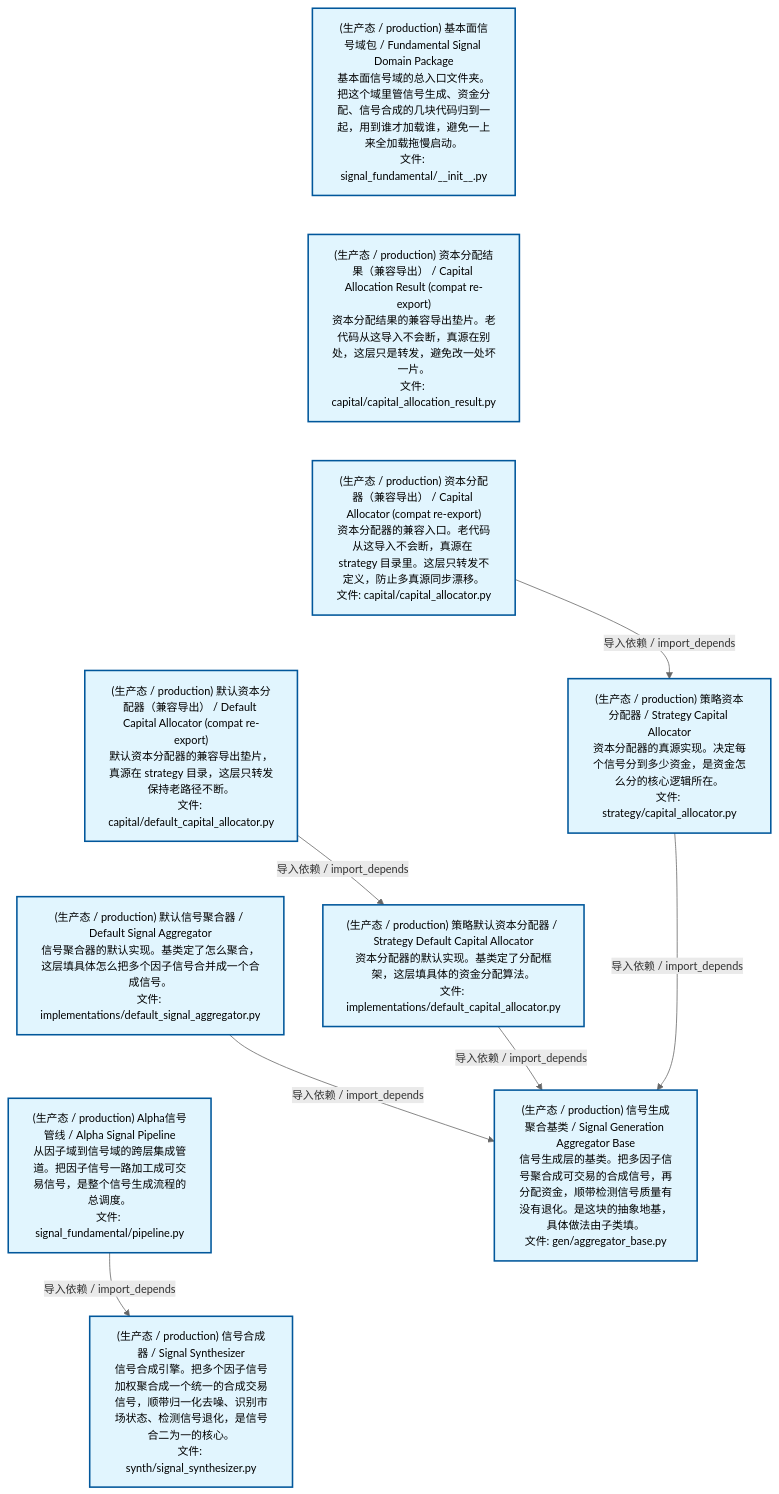
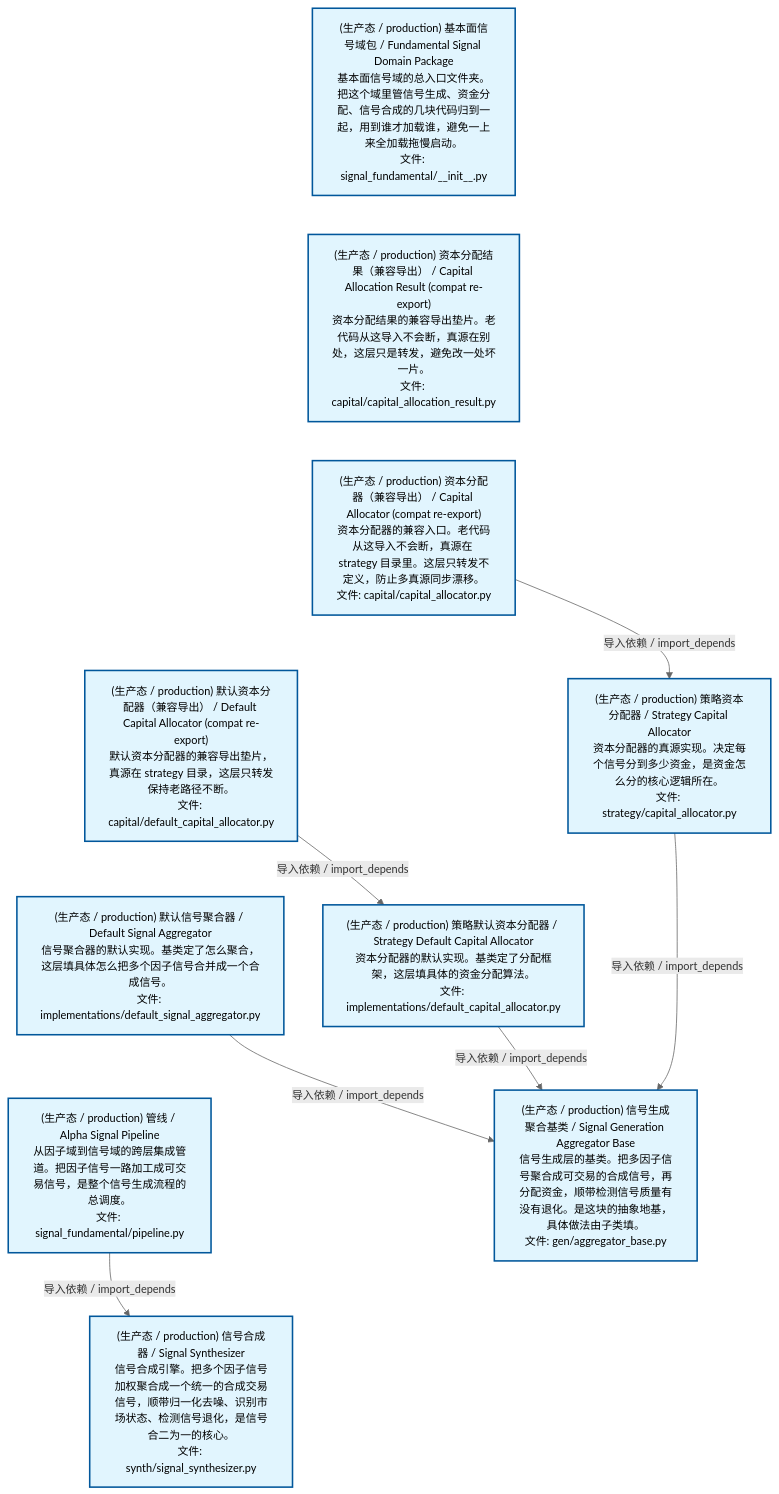
Before and after one commit to xuanFelixVan/ZephyrAlpha: the second of 4 diagrams in docs/02_enterprise_architecture/02_domain_architecture_docs/48_d_fundamental_signal.md, drawn with Mermaid. The commit also changed other lines of this file and 50 other files, not shown here.

````diff
--- a/docs/02_enterprise_architecture/02_domain_architecture_docs/48_d_fundamental_signal.md
+++ b/docs/02_enterprise_architecture/02_domain_architecture_docs/48_d_fundamental_signal.md
@@ -123,32 +123,32 @@
 ```mermaid
 %%{init: {'theme': 'base', 'themeVariables': {'primaryColor': '#eaeaea', 'primaryTextColor': '#333333', 'primaryBorderColor': '#666666', 'lineColor': '#666666', 'secondaryColor': '#eaeaea', 'tertiaryColor': '#eaeaea', 'fontSize': '14px'}}}%%
 flowchart TD
     src_zephyr_signal_fundamental_init_py["(生产态 / production) 基本面信号域包 / Fundamental Signal Domain Package<br/>基本面信号域的总入口文件夹。把这个域里管信号生成、资金分配、信号合成的几块代码归到一起，用到谁才加载谁，避免一上来全加载拖慢启动。<br/>文件: signal_fundamental/__init__.py"]
     src_zephyr_signal_fundamental_capital_capital_allocation_result_py["(生产态 / production) 资本分配结果（兼容导出） / Capital Allocation Result (compat re-export)<br/>资本分配结果的兼容导出垫片。老代码从这导入不会断，真源在别处，这层只是转发，避免改一处坏一片。<br/>文件: capital/capital_allocation_result.py"]
     src_zephyr_signal_fundamental_capital_capital_allocator_py["(生产态 / production) 资本分配器（兼容导出） / Capital Allocator (compat re-export)<br/>资本分配器的兼容入口。老代码从这导入不会断，真源在 strategy 目录里。这层只转发不定义，防止多真源同步漂移。<br/>文件: capital/capital_allocator.py"]
     src_zephyr_signal_fundamental_capital_default_capital_allocator_py["(生产态 / production) 默认资本分配器（兼容导出） / Default Capital Allocator (compat re-export)<br/>默认资本分配器的兼容导出垫片，真源在 strategy 目录，这层只转发保持老路径不断。<br/>文件: capital/default_capital_allocator.py"]
     src_zephyr_signal_fundamental_gen_implementations_default_signal_aggregator_py["(生产态 / production) 默认信号聚合器 / Default Signal Aggregator<br/>信号聚合器的默认实现。基类定了怎么聚合，这层填具体怎么把多个因子信号合并成一个合成信号。<br/>文件: implementations/default_signal_aggregator.py"]
-    src_zephyr_signal_fundamental_pipeline_py["(生产态 / production) Alpha信号管线 / Alpha Signal Pipeline<br/>从因子域到信号域的跨层集成管道。把因子信号一路加工成可交易信号，是整个信号生成流程的总调度。<br/>文件: signal_fundamental/pipeline.py"]
+    src_zephyr_signal_fundamental_pipeline_py["(生产态 / production) 管线 / Alpha Signal Pipeline<br/>从因子域到信号域的跨层集成管道。把因子信号一路加工成可交易信号，是整个信号生成流程的总调度。<br/>文件: signal_fundamental/pipeline.py"]
     src_zephyr_signal_fundamental_init_py ~~~ src_zephyr_signal_fundamental_capital_capital_allocation_result_py
     src_zephyr_signal_fundamental_capital_capital_allocation_result_py ~~~ src_zephyr_signal_fundamental_capital_capital_allocator_py
     src_zephyr_signal_fundamental_capital_capital_allocator_py ~~~ src_zephyr_signal_fundamental_capital_default_capital_allocator_py
     src_zephyr_signal_fundamental_capital_default_capital_allocator_py ~~~ src_zephyr_signal_fundamental_gen_implementations_default_signal_aggregator_py
     src_zephyr_signal_fundamental_gen_implementations_default_signal_aggregator_py ~~~ src_zephyr_signal_fundamental_pipeline_py
     src_zephyr_signal_fundamental_strategy_capital_allocator_py["(生产态 / production) 策略资本分配器 / Strategy Capital Allocator<br/>资本分配器的真源实现。决定每个信号分到多少资金，是资金怎么分的核心逻辑所在。<br/>文件: strategy/capital_allocator.py"]
     src_zephyr_signal_fundamental_strategy_implementations_default_capital_allocator_py["(生产态 / production) 策略默认资本分配器 / Strategy Default Capital Allocator<br/>资本分配器的默认实现。基类定了分配框架，这层填具体的资金分配算法。<br/>文件: implementations/default_capital_allocator.py"]
     src_zephyr_signal_fundamental_synth_signal_synthesizer_py["(生产态 / production) 信号合成器 / Signal Synthesizer<br/>信号合成引擎。把多个因子信号加权聚合成一个统一的合成交易信号，顺带归一化去噪、识别市场状态、检测信号退化，是信号合二为一的核心。<br/>文件: synth/signal_synthesizer.py"]
     src_zephyr_signal_fundamental_strategy_capital_allocator_py ~~~ src_zephyr_signal_fundamental_strategy_implementations_default_capital_allocator_py
     src_zephyr_signal_fundamental_strategy_implementations_default_capital_allocator_py ~~~ src_zephyr_signal_fundamental_synth_signal_synthesizer_py
     src_zephyr_signal_fundamental_gen_aggregator_base_py["(生产态 / production) 信号生成聚合基类 / Signal Generation Aggregator Base<br/>信号生成层的基类。把多因子信号聚合成可交易的合成信号，再分配资金，顺带检测信号质量有没有退化。是这块的抽象地基，具体做法由子类填。<br/>文件: gen/aggregator_base.py"]
     src_zephyr_signal_fundamental_pipeline_py -->|导入依赖 / import_depends| src_zephyr_signal_fundamental_synth_signal_synthesizer_py
     src_zephyr_signal_fundamental_capital_default_capital_allocator_py -->|导入依赖 / import_depends| src_zephyr_signal_fundamental_strategy_implementations_default_capital_allocator_py
     src_zephyr_signal_fundamental_capital_capital_allocator_py -->|导入依赖 / import_depends| src_zephyr_signal_fundamental_strategy_capital_allocator_py
     src_zephyr_signal_fundamental_gen_implementations_default_signal_aggregator_py -->|导入依赖 / import_depends| src_zephyr_signal_fundamental_gen_aggregator_base_py
     src_zephyr_signal_fundamental_strategy_implementations_default_capital_allocator_py -->|导入依赖 / import_depends| src_zephyr_signal_fundamental_gen_aggregator_base_py
     src_zephyr_signal_fundamental_strategy_capital_allocator_py -->|导入依赖 / import_depends| src_zephyr_signal_fundamental_gen_aggregator_base_py
     classDef production fill:#e1f5fe,stroke:#01579b,stroke-width:2px,color:#000
     classDef design fill:#fff3e0,stroke:#e65100,stroke-width:2px,color:#000,stroke-dasharray: 5 5
     classDef external_prod fill:#e8f4fd,stroke:#0277bd,stroke-width:1px,color:#000
     classDef external_design fill:#fff8e7,stroke:#ef6c00,stroke-width:1px,color:#000,stroke-dasharray: 5 5
     class src_zephyr_signal_fundamental_init_py,src_zephyr_signal_fundamental_capital_capital_allocation_result_py,src_zephyr_signal_fundamental_capital_capital_allocator_py,src_zephyr_signal_fundamental_capital_default_capital_allocator_py,src_zephyr_signal_fundamental_gen_aggregator_base_py,src_zephyr_signal_fundamental_gen_implementations_default_signal_aggregator_py,src_zephyr_signal_fundamental_pipeline_py,src_zephyr_signal_fundamental_strategy_capital_allocator_py,src_zephyr_signal_fundamental_strategy_implementations_default_capital_allocator_py,src_zephyr_signal_fundamental_synth_signal_synthesizer_py production
 ```
````
